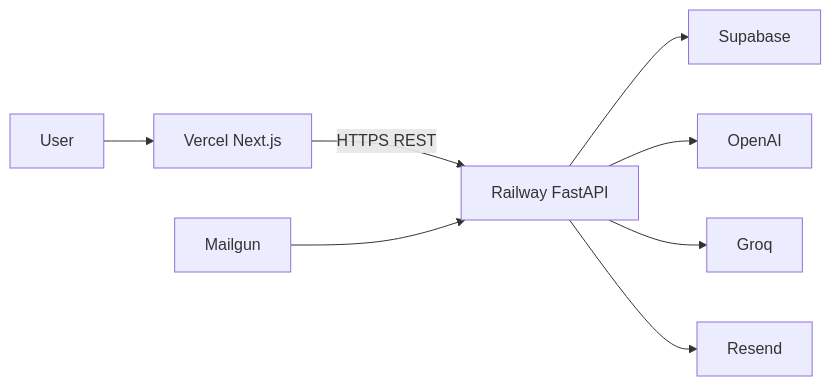
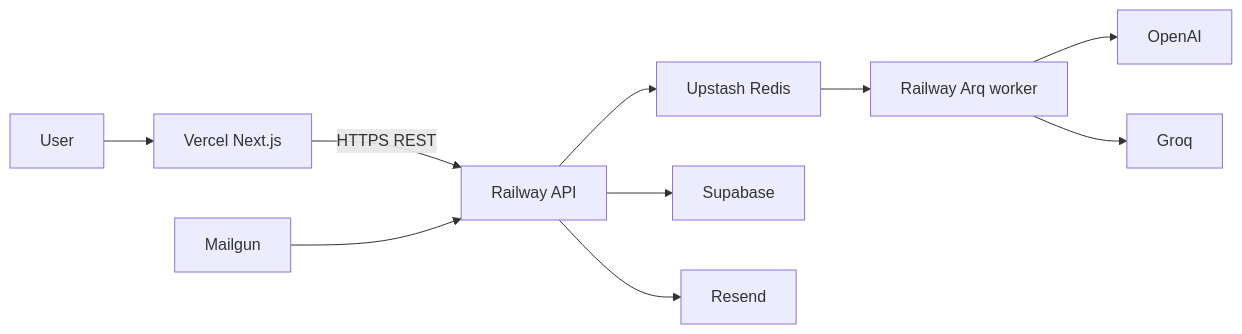
One commit to DeadPixel27/nexora changed the seventh of 7 diagrams in docs/ARCHITECTURE.md. Above: the diagram before and after it, drawn with Mermaid. The commit also changed other lines of this file and 34 other files, not shown here.

````diff
--- a/docs/ARCHITECTURE.md
+++ b/docs/ARCHITECTURE.md
@@ -928,10 +930,12 @@
 ```mermaid
 flowchart LR
   User --> Vercel["Vercel Next.js"]
-  Vercel -->|"HTTPS REST"| Railway["Railway FastAPI"]
+  Vercel -->|"HTTPS REST"| Railway["Railway API"]
+  Railway --> Redis["Upstash Redis"]
+  Redis --> Worker["Railway Arq worker"]
   Railway --> Supabase
-  Railway --> OpenAI
-  Railway --> Groq
+  Worker --> OpenAI
+  Worker --> Groq
   Railway --> Resend
   Mailgun --> Railway
 ```
````
